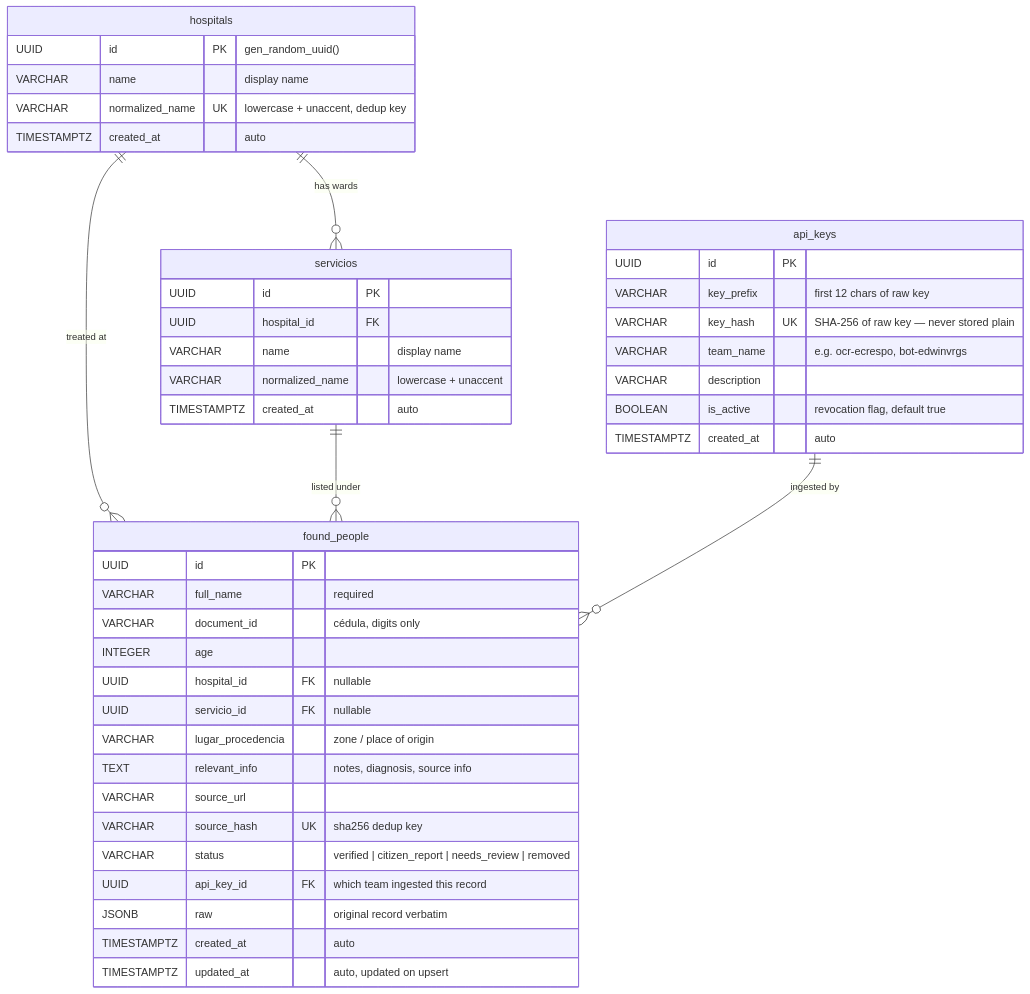
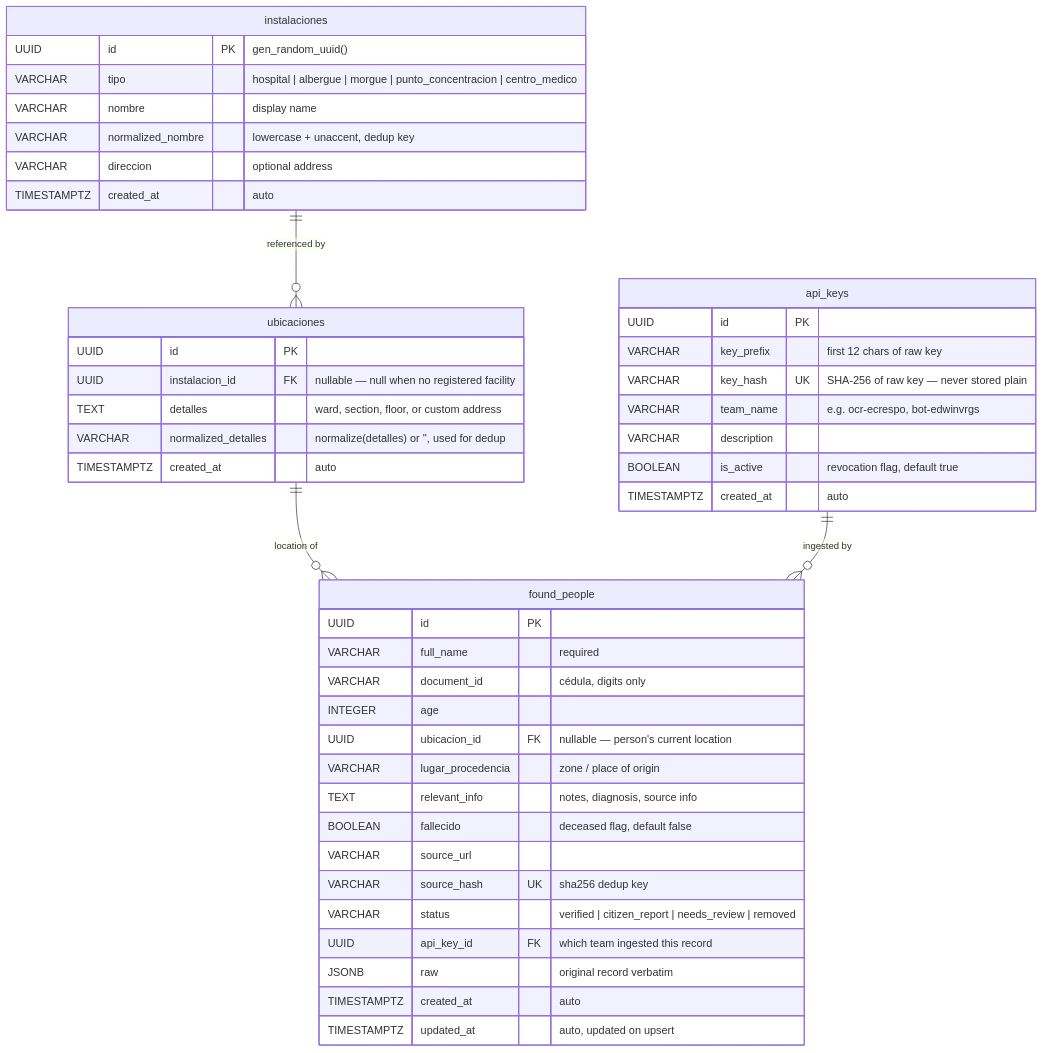
One commit to venezuela-war-room/api changed the diagram in docs/er-diagram.md. Above: the diagram before and after it, drawn with Mermaid. The commit also changed other lines of this file and 11 other files, not shown here.

````diff
--- a/docs/er-diagram.md
+++ b/docs/er-diagram.md
@@ -3,51 +3,52 @@
 ```mermaid
 erDiagram
 
-    hospitals {
+    instalaciones {
         UUID        id                  PK  "gen_random_uuid()"
-        VARCHAR     name                    "display name"
-        VARCHAR     normalized_name     UK  "lowercase + unaccent, dedup key"
+        VARCHAR     tipo                    "hospital | albergue | morgue | punto_concentracion | centro_medico"
+        VARCHAR     nombre                  "display name"
+        VARCHAR     normalized_nombre       "lowercase + unaccent, dedup key"
+        VARCHAR     direccion               "optional address"
         TIMESTAMPTZ created_at              "auto"
     }
 
-    servicios {
+    ubicaciones {
         UUID        id                  PK
-        UUID        hospital_id         FK
-        VARCHAR     name                    "display name"
-        VARCHAR     normalized_name         "lowercase + unaccent"
+        UUID        instalacion_id      FK  "nullable — null when no registered facility"
+        TEXT        detalles                "ward, section, floor, or custom address"
+        VARCHAR     normalized_detalles     "normalize(detalles) or '', used for dedup"
         TIMESTAMPTZ created_at              "auto"
     }
 
     api_keys {
         UUID        id                  PK
         VARCHAR     key_prefix              "first 12 chars of raw key"
         VARCHAR     key_hash            UK  "SHA-256 of raw key — never stored plain"
         VARCHAR     team_name               "e.g. ocr-ecrespo, bot-edwinvrgs"
         VARCHAR     description
         BOOLEAN     is_active               "revocation flag, default true"
         TIMESTAMPTZ created_at              "auto"
     }
 
     found_people {
         UUID        id                  PK
         VARCHAR     full_name               "required"
         VARCHAR     document_id             "cédula, digits only"
         INTEGER     age
-        UUID        hospital_id         FK  "nullable"
-        UUID        servicio_id         FK  "nullable"
+        UUID        ubicacion_id        FK  "nullable — person's current location"
         VARCHAR     lugar_procedencia       "zone / place of origin"
         TEXT        relevant_info           "notes, diagnosis, source info"
+        BOOLEAN     fallecido               "deceased flag, default false"
         VARCHAR     source_url
         VARCHAR     source_hash         UK  "sha256 dedup key"
         VARCHAR     status                  "verified | citizen_report | needs_review | removed"
         UUID        api_key_id          FK  "which team ingested this record"
         JSONB       raw                     "original record verbatim"
         TIMESTAMPTZ created_at              "auto"
         TIMESTAMPTZ updated_at              "auto, updated on upsert"
     }
 
-    hospitals   ||--o{ servicios    : "has wards"
-    hospitals   ||--o{ found_people : "treated at"
-    servicios   ||--o{ found_people : "listed under"
-    api_keys    ||--o{ found_people : "ingested by"
+    instalaciones ||--o{ ubicaciones  : "referenced by"
+    ubicaciones   ||--o{ found_people : "location of"
+    api_keys      ||--o{ found_people : "ingested by"
 ```
````
